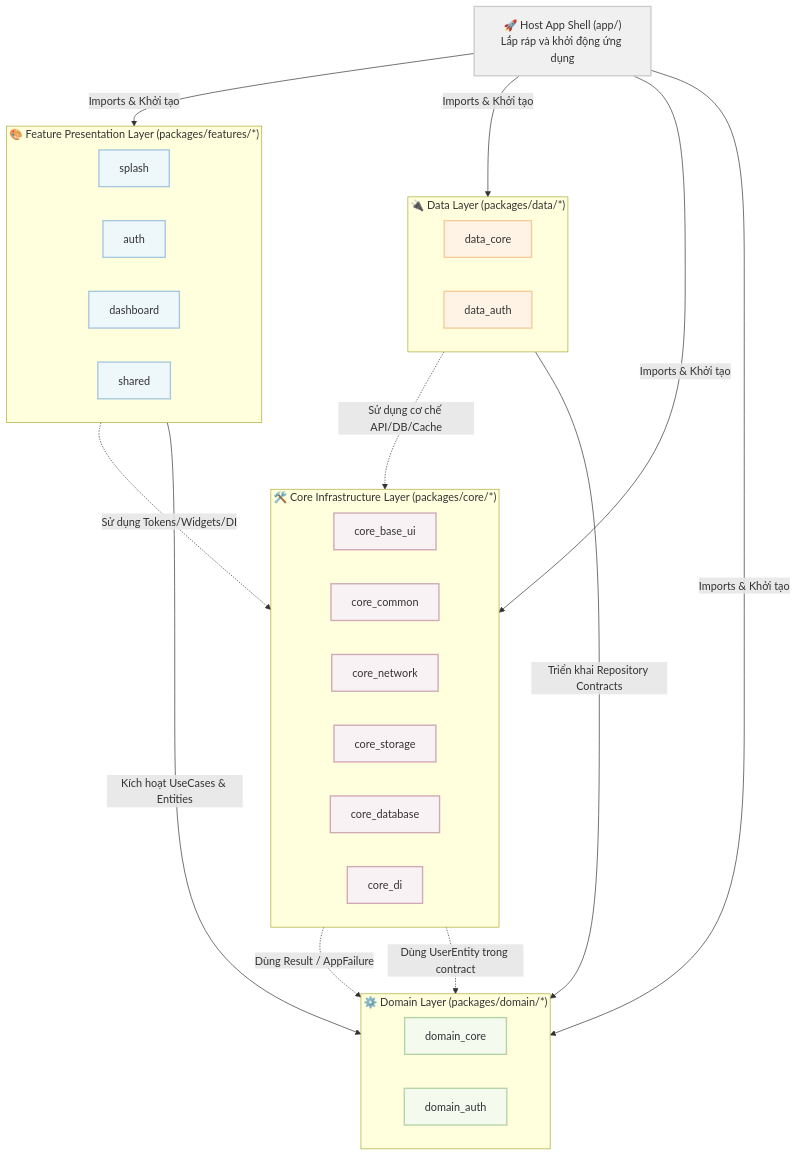
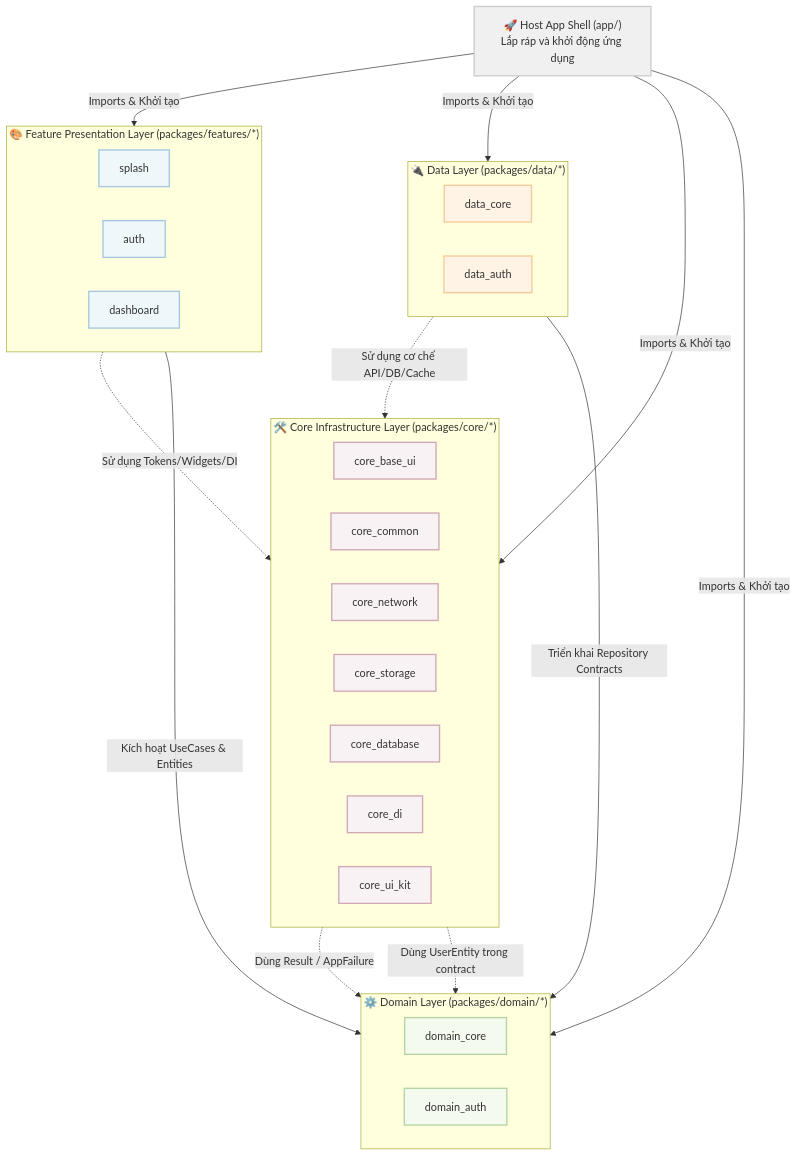
One commit to CaoGiaHieu-dev/flutter-monorepo-codebase changed the diagram in README.vi.md. Above: the diagram before and after it, drawn with Mermaid. The commit also changed 82 other files, not shown here.

````diff
--- a/README.vi.md
+++ b/README.vi.md
@@ -18,57 +18,57 @@
 ```mermaid
 graph TD
     classDef core fill:#f9f2f4,stroke:#d0a9b5,stroke-width:2px,color:#333;
     classDef feature fill:#eef7fa,stroke:#a6c8df,stroke-width:2px,color:#333;
     classDef domain fill:#f4faee,stroke:#b5d4a6,stroke-width:2px,color:#333;
     classDef data fill:#fff3e6,stroke:#f5cb99,stroke-width:2px,color:#333;
     classDef app fill:#f0f0f0,stroke:#cccccc,stroke-width:2px,color:#333;
 
     App["🚀 Host App Shell (app/)<br/>Lắp ráp và khởi động ứng dụng"]:::app
 
     subgraph FeatureLayer ["🎨 Feature Presentation Layer (packages/features/*)"]
         direction LR
         FeatSplash["splash"]:::feature
         FeatAuth["auth"]:::feature
         FeatDash["dashboard"]:::feature
-        FeatShared["shared"]:::feature
     end
 
     subgraph DataLayer ["🔌 Data Layer (packages/data/*)"]
         direction LR
         DataCore["data_core"]:::data
         DataAuth["data_auth"]:::data
     end
 
     subgraph DomainLayer ["⚙️ Domain Layer (packages/domain/*)"]
         direction LR
         DomCore["domain_core"]:::domain
         DomAuth["domain_auth"]:::domain
     end
 
     subgraph CoreLayer ["🛠️ Core Infrastructure Layer (packages/core/*)"]
         direction LR
         CoreUI["core_base_ui"]:::core
         CoreCom["core_common"]:::core
         CoreNet["core_network"]:::core
         CoreStore["core_storage"]:::core
         CoreDB["core_database"]:::core
         CoreDI["core_di"]:::core
+        CoreKit["core_ui_kit"]:::core
     end
 
     %% Cross-layer Relationships
     App -->|"Imports & Khởi tạo"| FeatureLayer
     App -->|"Imports & Khởi tạo"| DataLayer
     App -->|"Imports & Khởi tạo"| DomainLayer
     App -->|"Imports & Khởi tạo"| CoreLayer
 
     FeatureLayer -->|"Kích hoạt UseCases & Entities"| DomainLayer
     DataLayer -->|"Triển khai Repository Contracts"| DomainLayer
 
     FeatureLayer -.->|"Sử dụng Tokens/Widgets/DI"| CoreLayer
     DataLayer -.->|"Sử dụng cơ chế API/DB/Cache"| CoreLayer
 
     %% Domain nằm ở tâm và KHÔNG phụ thuộc gì cả.
     %% Core được phép phụ thuộc Domain — không bao giờ ngược lại.
     CoreCom -.->|"Dùng Result / AppFailure"| DomCore
     CoreDI -.->|"Dùng UserEntity trong contract"| DomAuth
 ```
````
